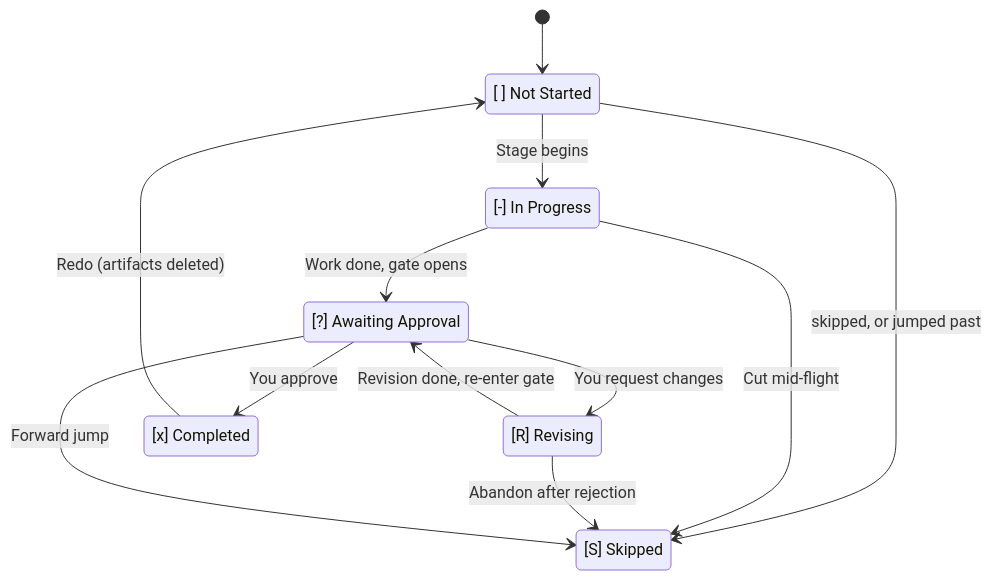
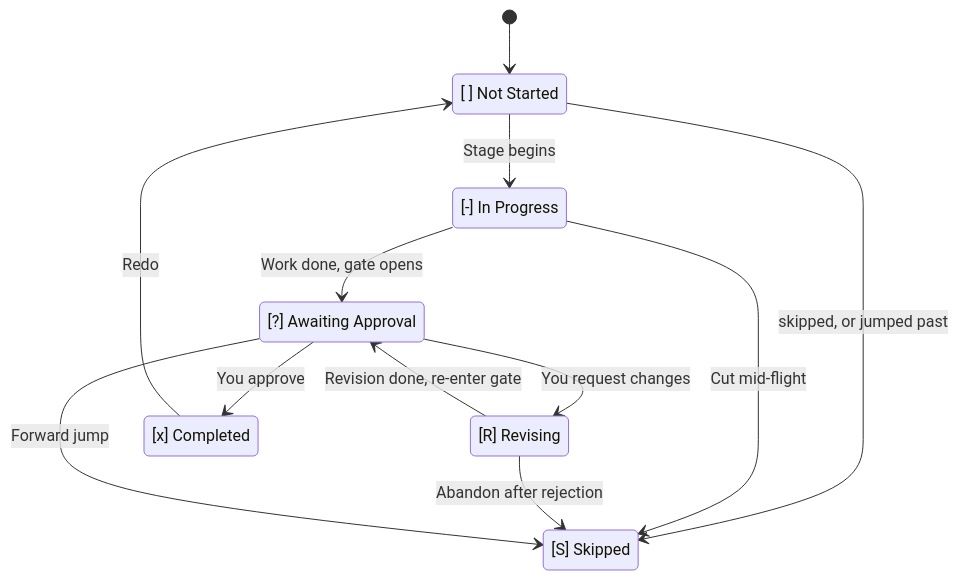
The first of 2 diagrams in docs/guide/10-state-and-audit.md (awslabs/aidlc-workflows), drawn with Mermaid before and after one commit. The commit also changed other lines of this file and 2 other files, not shown here.

First line of the commit message:
docs(guide): a redo keeps the stage's files, and the bugfix example shows the code plan where a bugfix run writes it

````diff
--- a/docs/guide/10-state-and-audit.md
+++ b/docs/guide/10-state-and-audit.md
@@ -119,21 +119,21 @@
 ```mermaid
 stateDiagram-v2
     state "[ ] Not Started" as NotStarted
     state "[-] In Progress" as InProgress
     state "[?] Awaiting Approval" as Awaiting
     state "[R] Revising" as Revising
     state "[x] Completed" as Completed
     state "[S] Skipped" as Skipped
 
     [*] --> NotStarted
     NotStarted --> InProgress : Stage begins
     InProgress --> Awaiting : Work done, gate opens
     Awaiting --> Completed : You approve
     Awaiting --> Revising : You request changes
     Revising --> Awaiting : Revision done, re-enter gate
     NotStarted --> Skipped : skipped, or jumped past
     InProgress --> Skipped : Cut mid-flight
     Revising --> Skipped : Abandon after rejection
     Awaiting --> Skipped : Forward jump
-    Completed --> NotStarted : Redo (artifacts deleted)
+    Completed --> NotStarted : Redo
 ```
````
